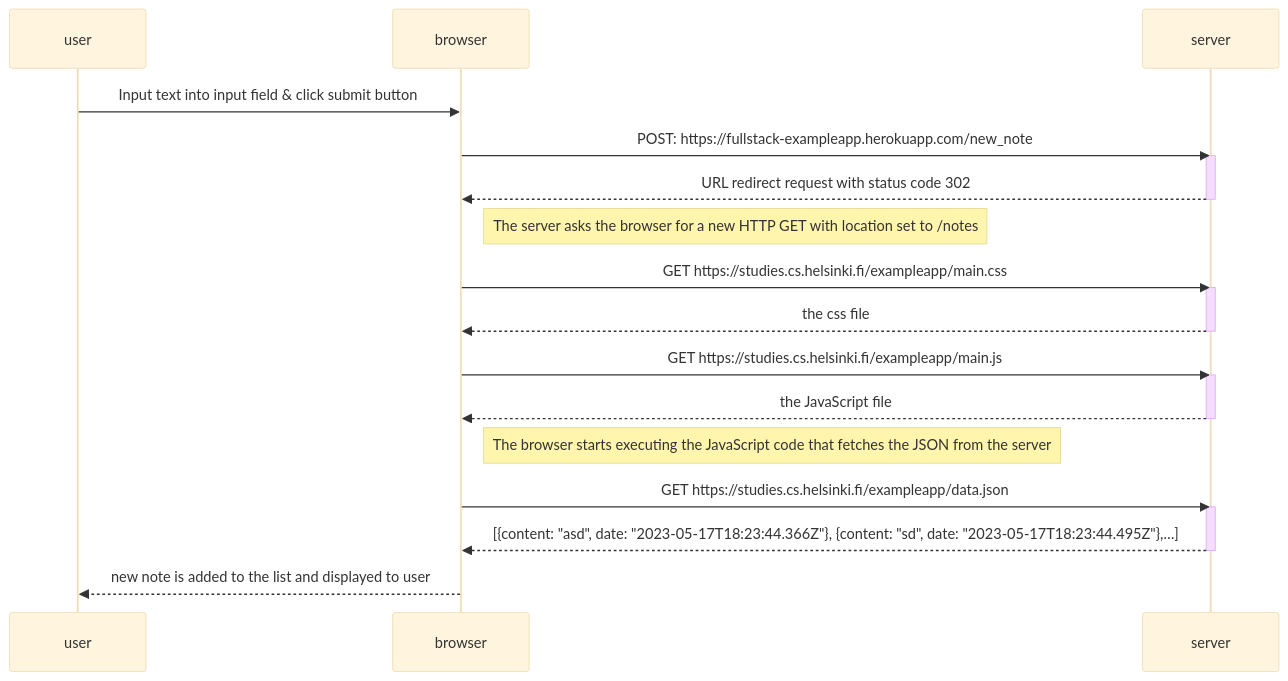
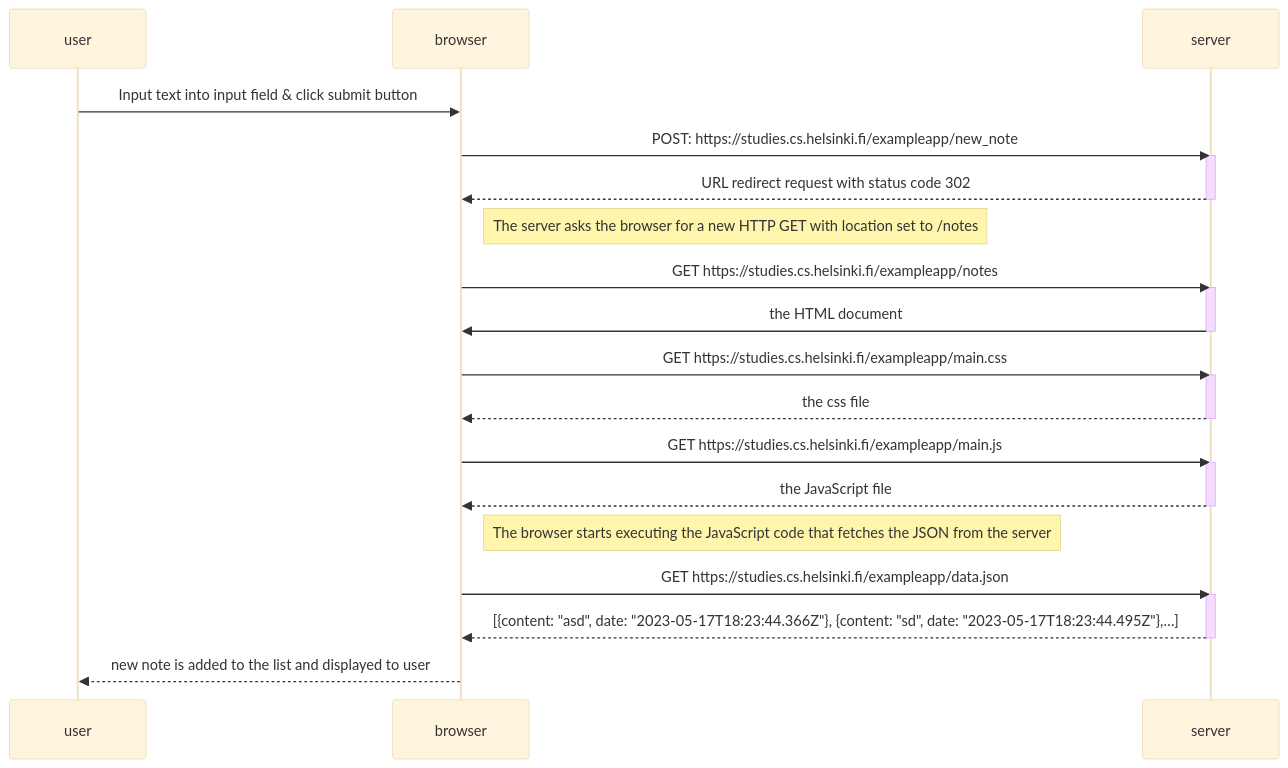
The diagram in part0/ex4.md (hyohyo814/full-stack-open-sub), drawn with Mermaid (base theme) before and after one commit.

Commit message:
Addition of missing HTML GET portion and revision of POST address to appropriate address seen from the network info

````diff
--- a/part0/ex4.md
+++ b/part0/ex4.md
@@ -3,34 +3,39 @@
 ```mermaid
 sequenceDiagram
     participant user
     participant browser
     participant server
 
     user->>browser: Input text into input field & click submit button
-    browser->>server: POST: https://fullstack-exampleapp.herokuapp.com/new_note
+    browser->>server: POST: https://studies.cs.helsinki.fi/exampleapp/new_note
     activate server
     server-->> browser: URL redirect request with status code 302
     deactivate server
 
     Note right of browser: The server asks the browser for a new HTTP GET with location set to /notes
+
+    browser->>server: GET https://studies.cs.helsinki.fi/exampleapp/notes
+    activate server
+    server->>browser: the HTML document
+    deactivate server
 
     browser->>server: GET https://studies.cs.helsinki.fi/exampleapp/main.css
     activate server
     server-->>browser: the css file
     deactivate server
 
     browser->>server: GET https://studies.cs.helsinki.fi/exampleapp/main.js
     activate server
     server-->>browser: the JavaScript file
     deactivate server
 
     Note right of browser: The browser starts executing the JavaScript code that fetches the JSON from the server
 
     browser->>server: GET https://studies.cs.helsinki.fi/exampleapp/data.json
     activate server
     server-->>browser: [{content: "asd", date: "2023-05-17T18:23:44.366Z"}, {content: "sd", date: "2023-05-17T18:23:44.495Z"},…]
     deactivate server
 
     browser-->>user: new note is added to the list and displayed to user
 
 ```
````
